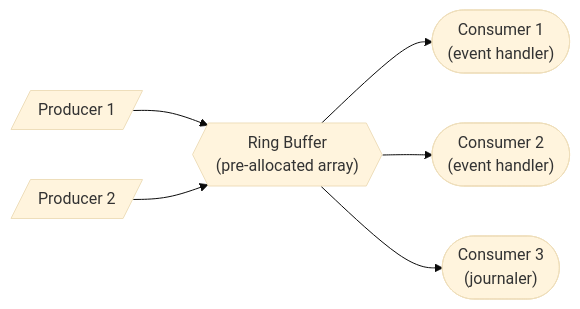
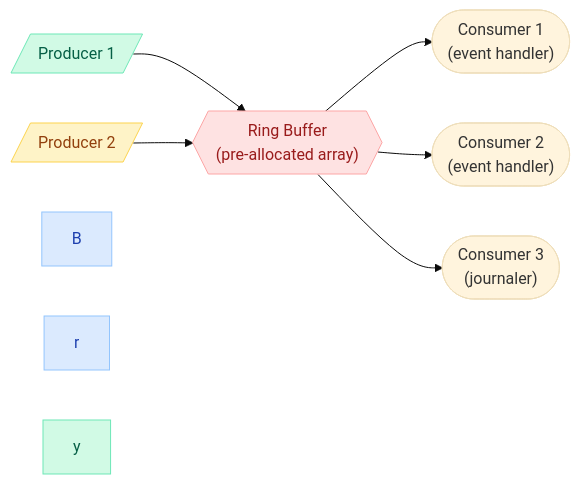
One commit to saivamsikaruturi/vamsilabs-dev-notes-main changed the fourth of 4 diagrams in docs/java/ConcurrencyPatterns.md. Above: the diagram before and after it, drawn with Mermaid (base theme). The commit also changed other lines of this file and 220 other files, not shown here.

First line of the commit message:
Add 50+ new Java/Spring Boot pages, rewrite CSS code blocks to Oracle style, fix all diagram colors

````diff
--- a/docs/java/ConcurrencyPatterns.md
+++ b/docs/java/ConcurrencyPatterns.md
@@ -708,8 +724,15 @@
 ```mermaid
 flowchart LR
     P1[/"Producer 1"/] --> RB{{"Ring Buffer<br/>(pre-allocated array)"}}
     P2[/"Producer 2"/] --> RB
     RB --> C1(["Consumer 1<br/>(event handler)"])
     RB --> C2(["Consumer 2<br/>(event handler)"])
     RB --> C3(["Consumer 3<br/>(journaler)"])
+
+    style B fill:#DBEAFE,stroke:#93C5FD,color:#1E40AF
+    style P1 fill:#D1FAE5,stroke:#6EE7B7,color:#065F46
+    style P2 fill:#FEF3C7,stroke:#FCD34D,color:#92400E
+    style RB fill:#FEE2E2,stroke:#FCA5A5,color:#991B1B
+    style r fill:#DBEAFE,stroke:#93C5FD,color:#1E40AF
+    style y fill:#D1FAE5,stroke:#6EE7B7,color:#065F46
 ```
````
